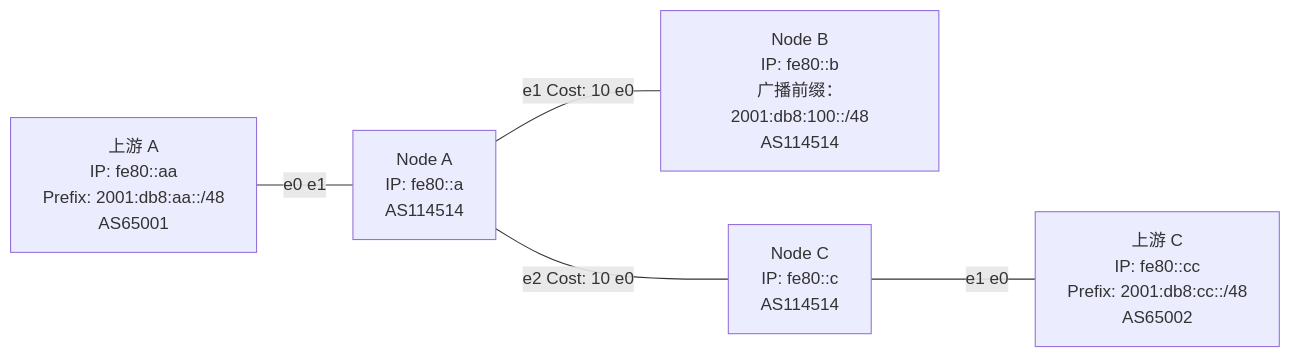
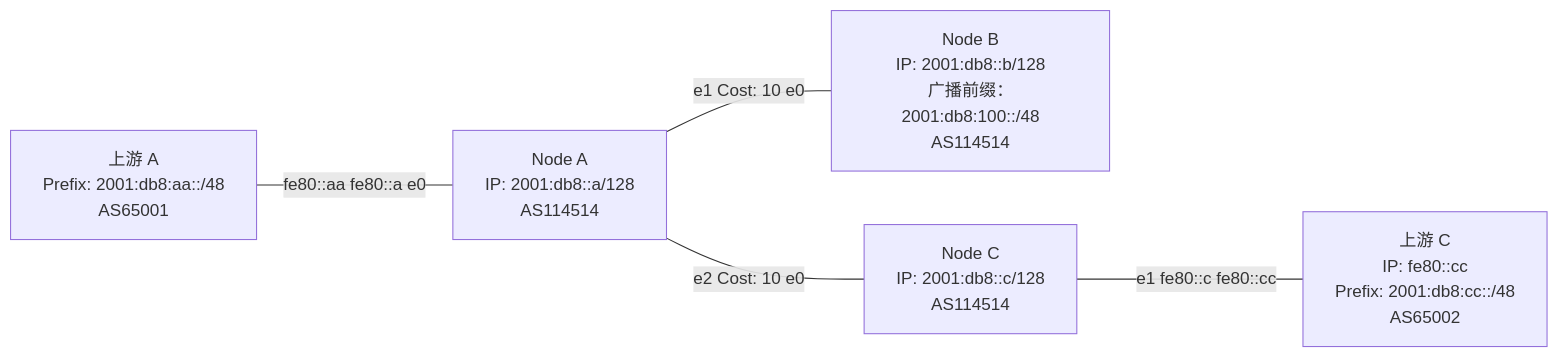
The diagram in src/content/docs/beginner/multi-location/lab.mdx (SkywolfCloud/routing-wiki), drawn with Mermaid before and after one commit. The commit also changed other lines of this file and 4 other files, not shown here.

````diff
--- a/src/content/docs/beginner/multi-location/lab.mdx
+++ b/src/content/docs/beginner/multi-location/lab.mdx
@@ -12,12 +12,12 @@
 ```mermaid
 graph LR
-  UpA[上游 A<br/>IP: fe80::aa<br/>Prefix: 2001:db8:aa::/48<br/>AS65001]
-  A[Node A<br/>IP: fe80::a<br/>AS114514]
-  B[Node B<br/>IP: fe80::b<br/>广播前缀：2001:db8:100::/48<br/>AS114514]
-  C[Node C<br/>IP: fe80::c<br/>AS114514]
+  UpA[上游 A<br/>Prefix: 2001:db8:aa::/48<br/>AS65001]
+  A[Node A<br/>IP: 2001:db8::a/128<br/>AS114514]
+  B[Node B<br/>IP: 2001:db8::b/128<br/>广播前缀：2001:db8:100::/48<br/>AS114514]
+  C[Node C<br/>IP: 2001:db8::c/128<br/>AS114514]
   UpC[上游 C<br/>IP: fe80::cc<br/>Prefix: 2001:db8:cc::/48<br/>AS65002]
-  UpA ---|"e0   e1"| A
-  A ---|"e1  Cost: 10  e0"| B
-  A ---|"e2  Cost: 10  e0"| C
-  C ---|"e1   e0"| UpC
+  UpA ---|"fe80::aa fe80::a e0"| A
+  A ---|"e1 Cost: 10 e0"| B
+  A ---|"e2 Cost: 10 e0"| C
+  C ---|"e1 fe80::c fe80::cc"| UpC
 ```
````
